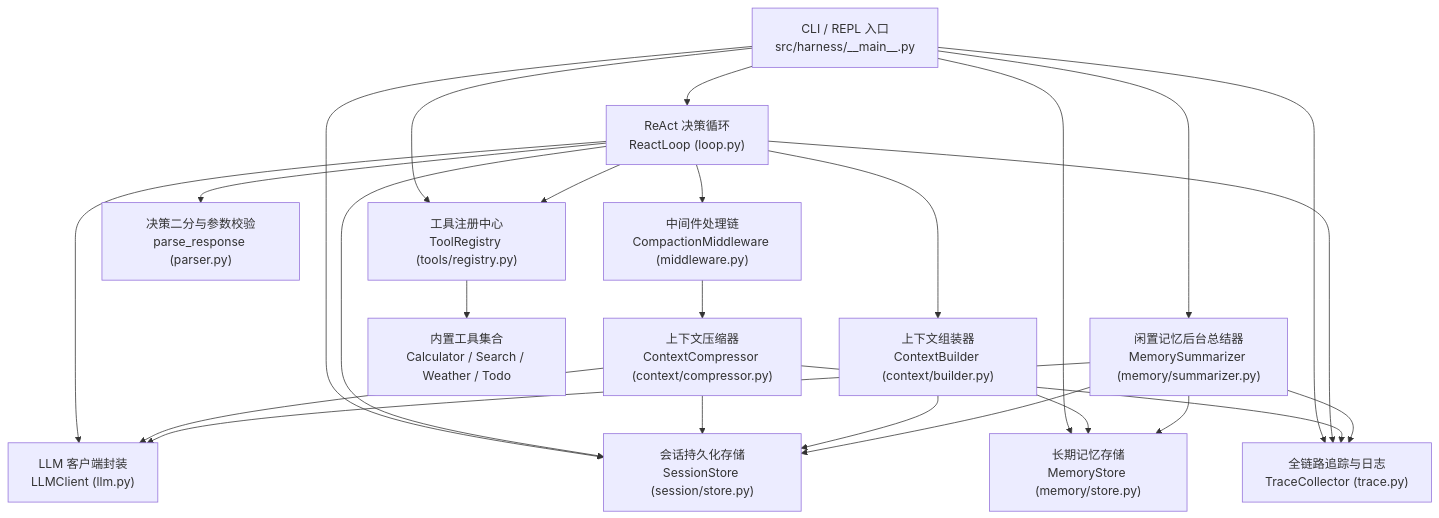
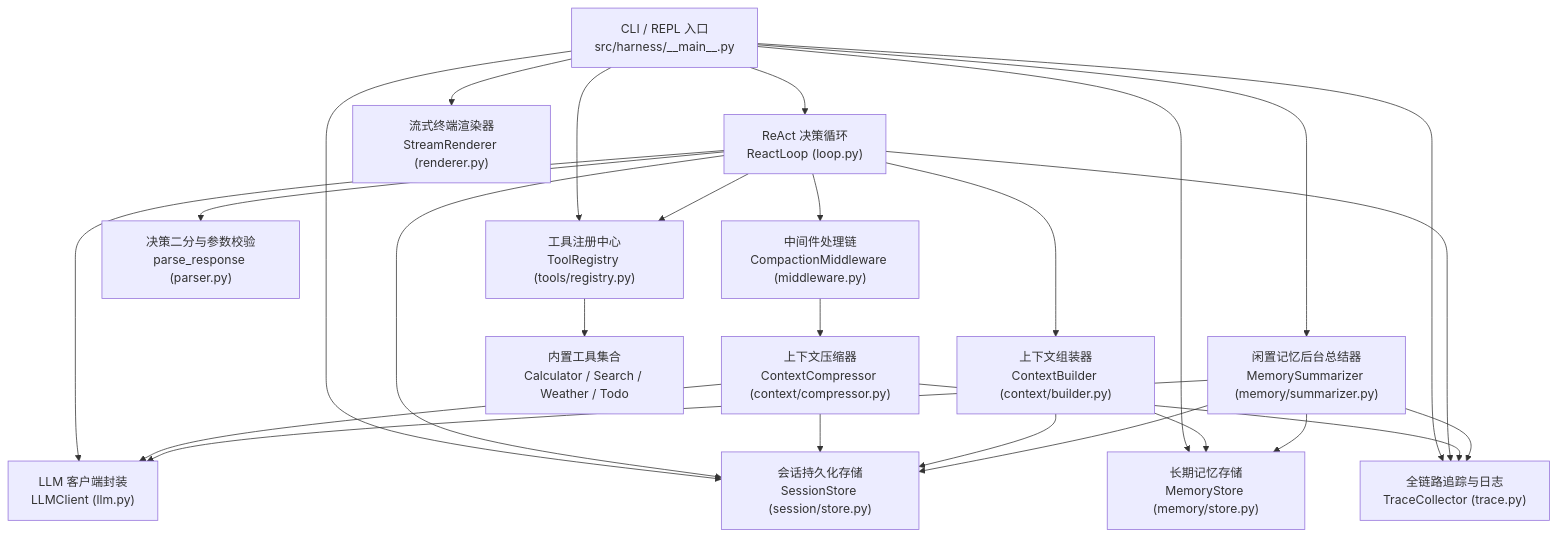
One commit to Harry-Hz-Zhang/guang-chen-agent-harness-test changed the first of 2 diagrams in CODEGRAPH.md. Above: the diagram before and after it, drawn with Mermaid. The commit also changed other lines of this file and 5 other files, not shown here.

Commit message:
refactor(cli): decouple REPL and integrate StreamRenderer

````diff
--- a/CODEGRAPH.md
+++ b/CODEGRAPH.md
@@ -14,32 +14,33 @@
 ```mermaid
 graph TD
     CLI["CLI / REPL 入口<br/>src/harness/__main__.py"] --> Loop["ReAct 决策循环<br/>ReactLoop (loop.py)"]
+    CLI --> Renderer["流式终端渲染器<br/>StreamRenderer (renderer.py)"]
     CLI --> Sessions["会话持久化存储<br/>SessionStore (session/store.py)"]
     CLI --> Memory["长期记忆存储<br/>MemoryStore (memory/store.py)"]
     CLI --> Summarizer["闲置记忆后台总结器<br/>MemorySummarizer (memory/summarizer.py)"]
     CLI --> Registry["工具注册中心<br/>ToolRegistry (tools/registry.py)"]
     CLI --> Trace["全链路追踪与日志<br/>TraceCollector (trace.py)"]
 
     Loop --> LLM["LLM 客户端封装<br/>LLMClient (llm.py)"]
     Loop --> Parser["决策二分与参数校验<br/>parse_response (parser.py)"]
     Loop --> Builder["上下文组装器<br/>ContextBuilder (context/builder.py)"]
     Loop --> Middleware["中间件处理链<br/>CompactionMiddleware (middleware.py)"]
     Loop --> Registry
     Loop --> Sessions
     Loop --> Trace
 
     Middleware --> Compressor["上下文压缩器<br/>ContextCompressor (context/compressor.py)"]
     Compressor --> Sessions
     Compressor --> LLM
     Compressor --> Trace
 
     Builder --> Sessions
     Builder --> Memory
 
     Summarizer --> Sessions
     Summarizer --> Memory
     Summarizer --> LLM
     Summarizer --> Trace
 
     Registry --> BuiltinTools["内置工具集合<br/>Calculator / Search / Weather / Todo"]
 ```
````
